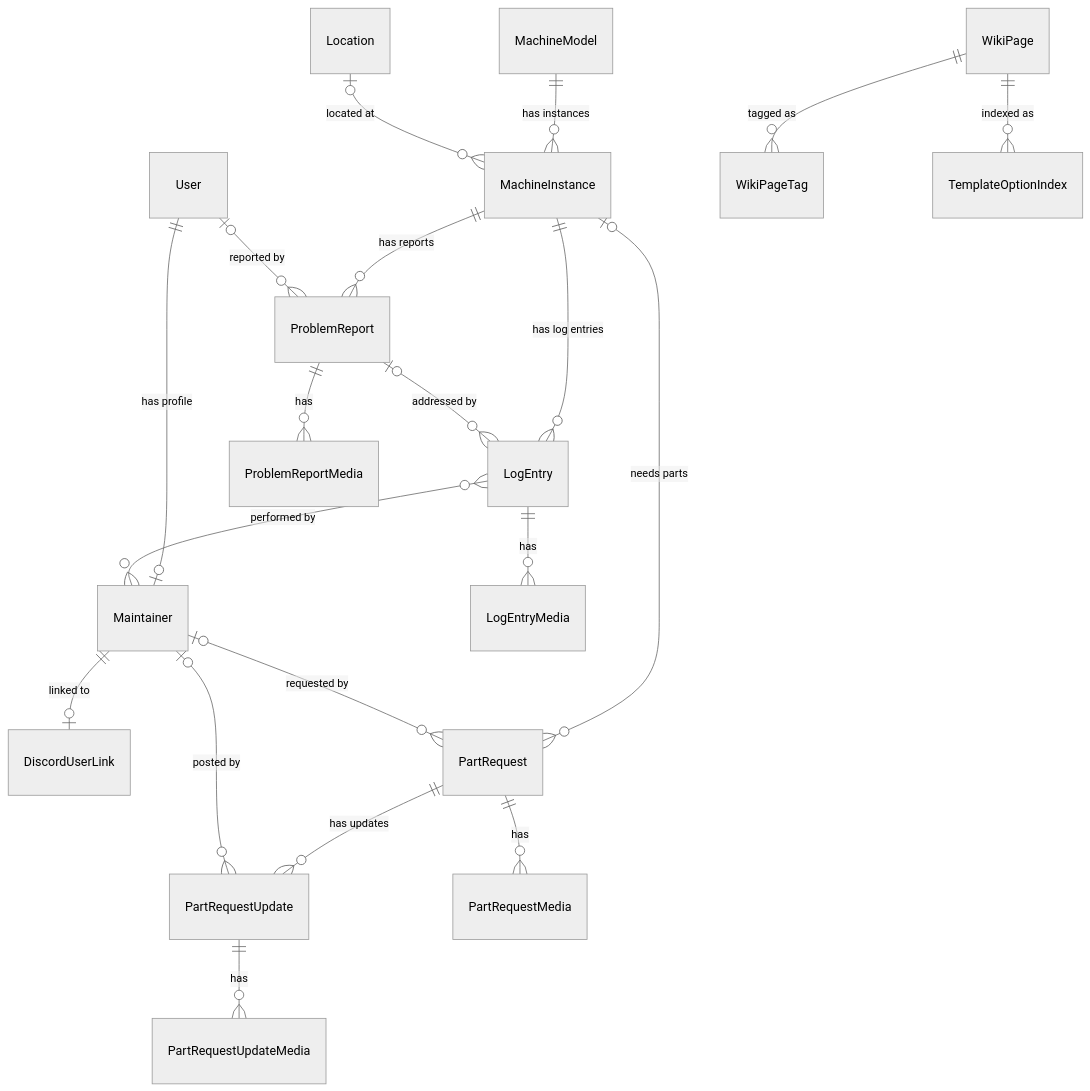
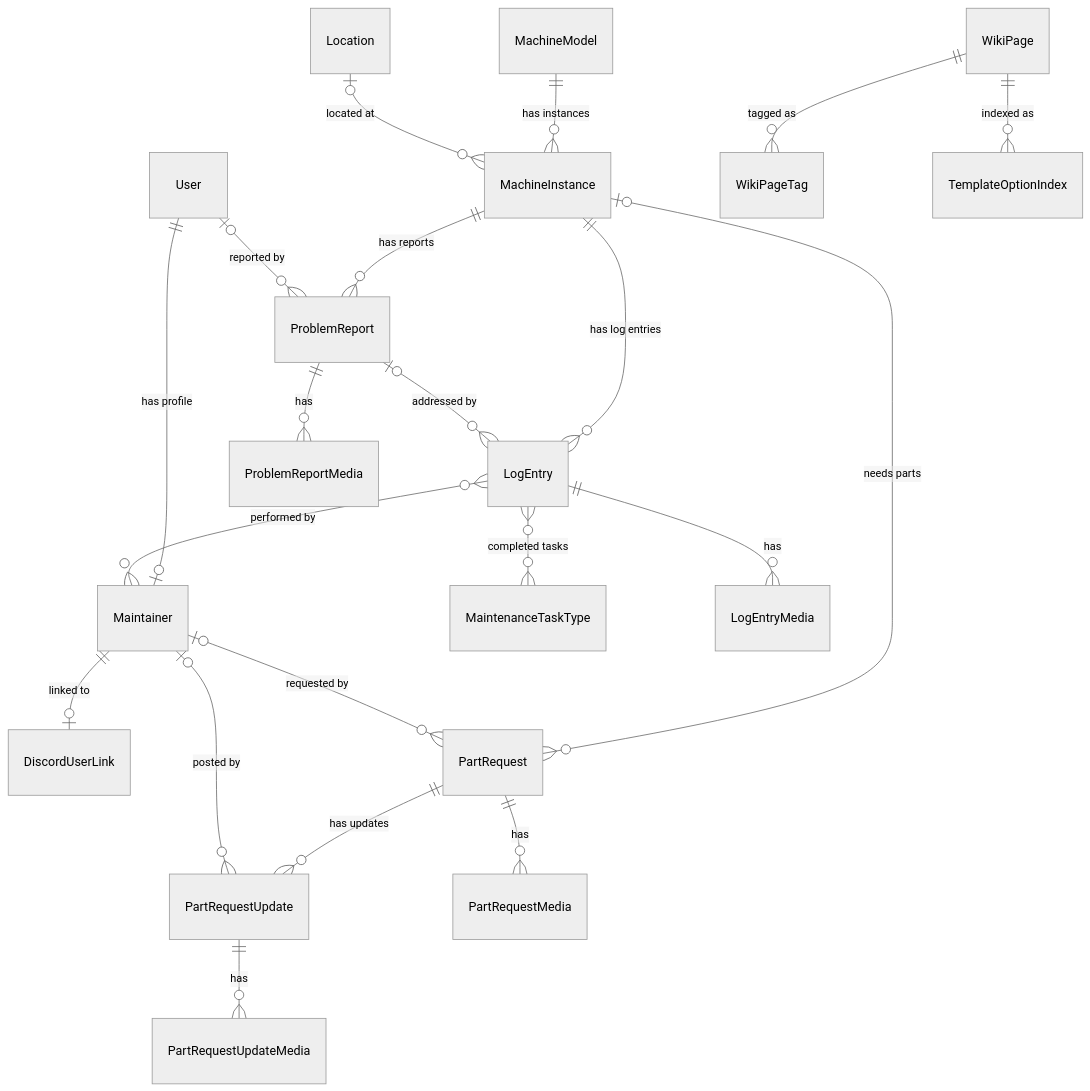
The diagram in docs/Datamodel.md (The-Flip/flipfix), drawn with Mermaid (neutral theme) before and after one commit. The commit also changed other lines of this file and 17 other files, not shown here.

First line of the commit message:
feat(maintenance): track recurring maintenance tasks per machine (#355)

````diff
--- a/docs/Datamodel.md
+++ b/docs/Datamodel.md
@@ -5,31 +5,32 @@
 ```mermaid
 erDiagram
     %% ── Accounts ──
     User ||--o| Maintainer : "has profile"
     Maintainer ||--o| DiscordUserLink : "linked to"
 
     %% ── Catalog ──
     MachineModel ||--o{ MachineInstance : "has instances"
     Location |o--o{ MachineInstance : "located at"
 
     %% ── Maintenance ──
     MachineInstance ||--o{ ProblemReport : "has reports"
     MachineInstance ||--o{ LogEntry : "has log entries"
     ProblemReport |o--o{ LogEntry : "addressed by"
     User |o--o{ ProblemReport : "reported by"
     LogEntry }o--o{ Maintainer : "performed by"
+    LogEntry }o--o{ MaintenanceTaskType : "completed tasks"
     ProblemReport ||--o{ ProblemReportMedia : "has"
     LogEntry ||--o{ LogEntryMedia : "has"
 
     %% ── Parts ──
     MachineInstance |o--o{ PartRequest : "needs parts"
     Maintainer |o--o{ PartRequest : "requested by"
     PartRequest ||--o{ PartRequestUpdate : "has updates"
     Maintainer |o--o{ PartRequestUpdate : "posted by"
     PartRequest ||--o{ PartRequestMedia : "has"
     PartRequestUpdate ||--o{ PartRequestUpdateMedia : "has"
 
     %% ── Wiki ──
     WikiPage ||--o{ WikiPageTag : "tagged as"
     WikiPage ||--o{ TemplateOptionIndex : "indexed as"
 ```
````
